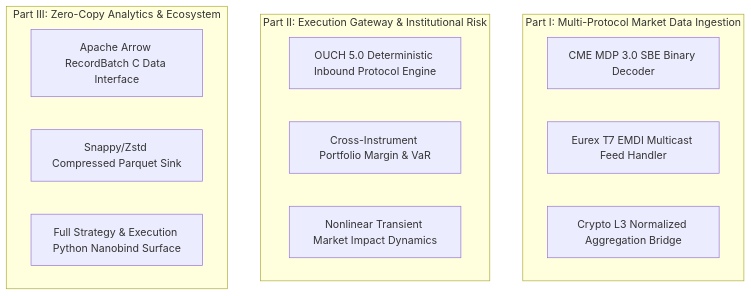
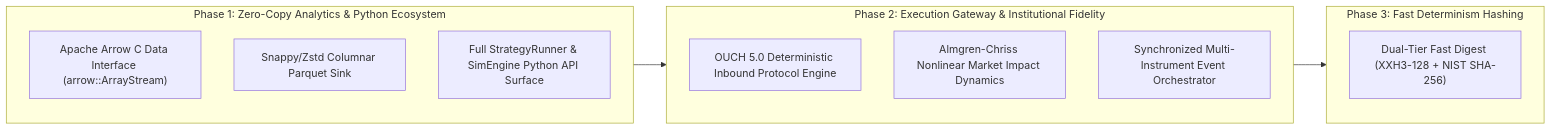
The diagram in PLAN.md (KanakBarfa/mog), drawn with Mermaid before and after one commit. The commit also changed other lines of this file, not shown here.

````diff
--- a/PLAN.md
+++ b/PLAN.md
@@ -10,18 +7,24 @@
 ```mermaid
-graph TD
-    subgraph Part1["Part I: Multi-Protocol Market Data Ingestion"]
-        M1["CME MDP 3.0 SBE Binary Decoder"]
-        M2["Eurex T7 EMDI Multicast Feed Handler"]
-        M3["Crypto L3 Normalized Aggregation Bridge"]
+graph LR
+    subgraph Phase1["Phase 1: Zero-Copy Analytics & Python Ecosystem"]
+        direction TB
+        A1["Apache Arrow C Data Interface (arrow::ArrayStream)"]
+        A2["Snappy/Zstd Columnar Parquet Sink"]
+        A3["Full StrategyRunner & SimEngine Python API Surface"]
     end
-    subgraph Part2["Part II: Execution Gateway & Institutional Risk"]
+
+    subgraph Phase2["Phase 2: Execution Gateway & Institutional Fidelity"]
+        direction TB
         E1["OUCH 5.0 Deterministic Inbound Protocol Engine"]
-        E2["Cross-Instrument Portfolio Margin & VaR"]
-        E3["Nonlinear Transient Market Impact Dynamics"]
+        E2["Almgren-Chriss Nonlinear Market Impact Dynamics"]
+        E3["Synchronized Multi-Instrument Event Orchestrator"]
     end
-    subgraph Part3["Part III: Zero-Copy Analytics & Ecosystem"]
-        A1["Apache Arrow RecordBatch C Data Interface"]
-        A2["Snappy/Zstd Compressed Parquet Sink"]
-        A3["Full Strategy & Execution Python Nanobind Surface"]
+
+    subgraph Phase3["Phase 3: Fast Determinism Hashing"]
+        direction TB
+        H1["Dual-Tier Fast Digest (XXH3-128 + NIST SHA-256)"]
     end
+
+    Phase1 --> Phase2
+    Phase2 --> Phase3
 ```
````
